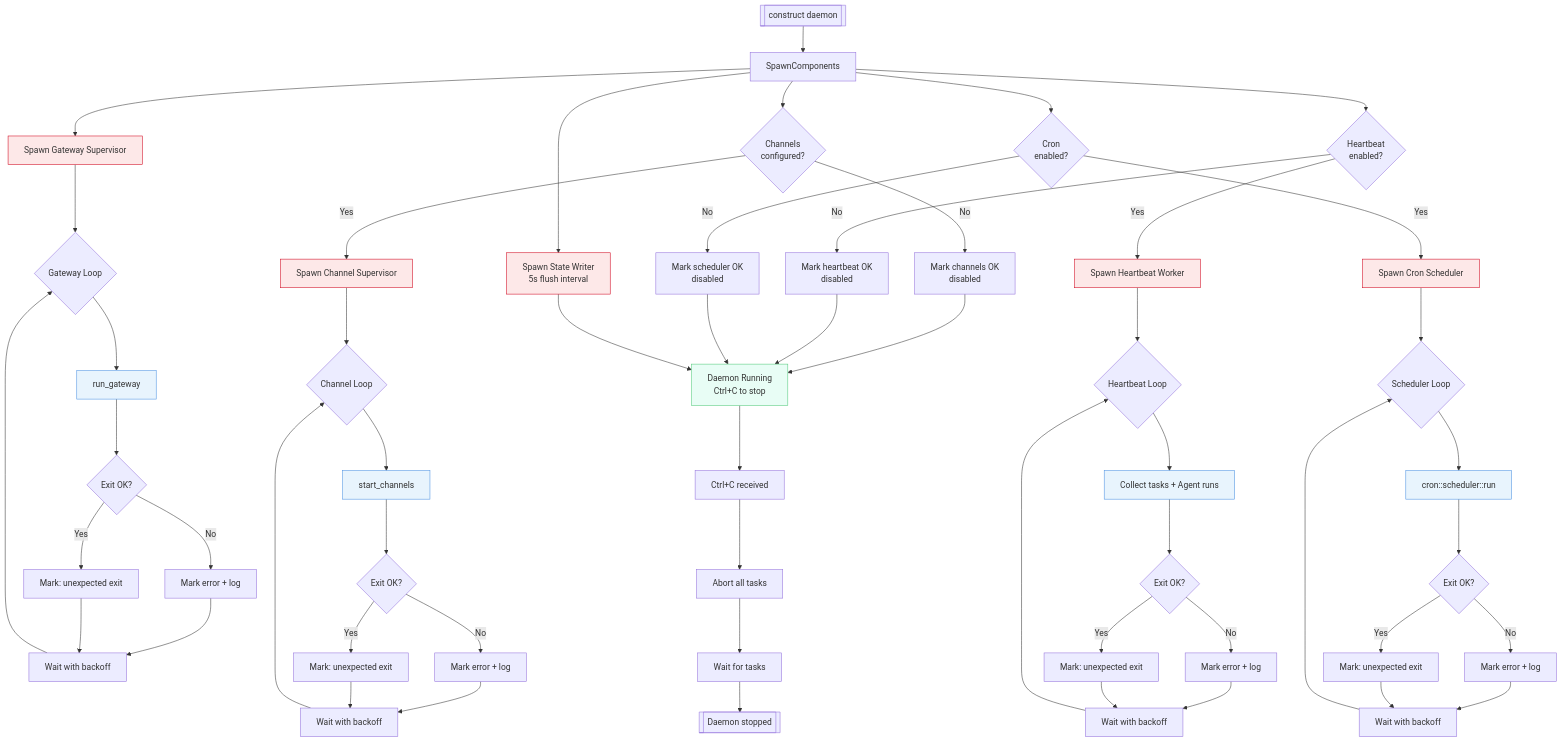
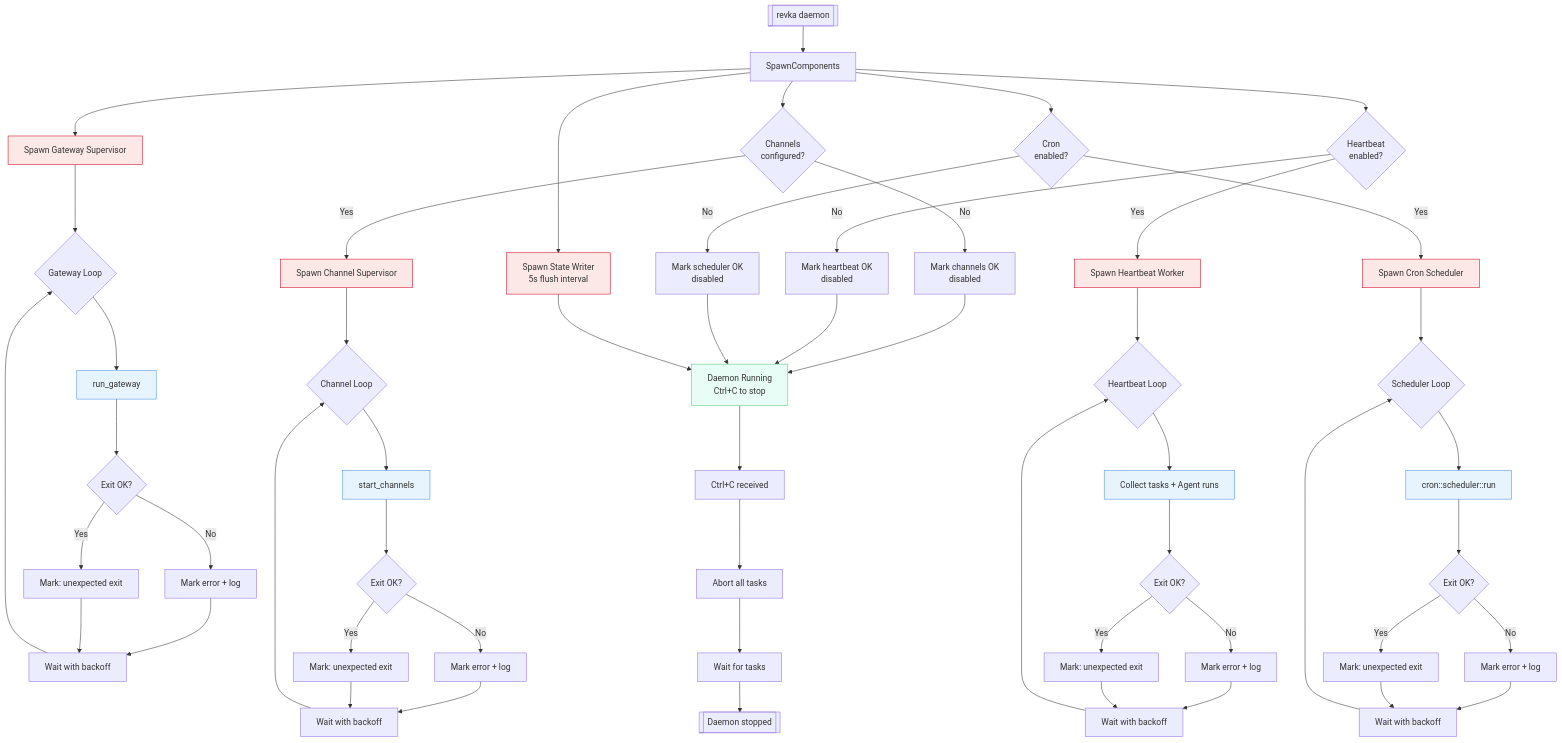
The fifth of 14 diagrams in docs/assets/architecture-diagrams.md (KumihoIO/Revka), drawn with Mermaid before and after one commit. The commit also changed other lines of this file and 954 other files, not shown here.

````diff
--- a/docs/assets/architecture-diagrams.md
+++ b/docs/assets/architecture-diagrams.md
@@ -212,74 +212,74 @@
 ```mermaid
 flowchart TB
-    Start[[construct daemon]] --> SpawnComponents
+    Start[[revka daemon]] --> SpawnComponents
 
     SpawnComponents --> SpawnState[Spawn State Writer<br/>5s flush interval]
     SpawnComponents --> SpawnGateway[Spawn Gateway Supervisor]
     SpawnComponents --> SpawnChannels{Channels<br/>configured?}
     SpawnComponents --> SpawnHeartbeat{Heartbeat<br/>enabled?}
     SpawnComponents --> SpawnScheduler{Cron<br/>enabled?}
 
     SpawnChannels -->|Yes| SpawnChannelSup[Spawn Channel Supervisor]
     SpawnChannels -->|No| MarkChannelsOK[Mark channels OK<br/>disabled]
 
     SpawnHeartbeat -->|Yes| SpawnHeartbeatWorker[Spawn Heartbeat Worker]
     SpawnHeartbeat -->|No| MarkHeartbeatOK[Mark heartbeat OK<br/>disabled]
 
     SpawnScheduler -->|Yes| SpawnSchedulerWorker[Spawn Cron Scheduler]
     SpawnScheduler -->|No| MarkSchedulerOK[Mark scheduler OK<br/>disabled]
 
     SpawnGateway --> GatewayLoop{Gateway Loop}
     SpawnChannelSup --> ChannelLoop{Channel Loop}
     SpawnHeartbeatWorker --> HeartbeatLoop{Heartbeat Loop}
     SpawnSchedulerWorker --> SchedulerLoop{Scheduler Loop}
 
     GatewayLoop --> GatewayRun[run_gateway]
     GatewayRun --> GatewayExit{Exit OK?}
     GatewayExit -->|No| GatewayError[Mark error + log]
     GatewayExit -->|Yes| GatewayUnexpected[Mark: unexpected exit]
     GatewayError --> GatewayBackoff[Wait with backoff]
     GatewayUnexpected --> GatewayBackoff
     GatewayBackoff --> GatewayLoop
 
     ChannelLoop --> ChannelRun[start_channels]
     ChannelRun --> ChannelExit{Exit OK?}
     ChannelExit -->|No| ChannelError[Mark error + log]
     ChannelExit -->|Yes| ChannelUnexpected[Mark: unexpected exit]
     ChannelError --> ChannelBackoff[Wait with backoff]
     ChannelUnexpected --> ChannelBackoff
     ChannelBackoff --> ChannelLoop
 
     HeartbeatLoop --> HeartbeatRun[Collect tasks + Agent runs]
     HeartbeatRun --> HeartbeatExit{Exit OK?}
     HeartbeatExit -->|No| HeartbeatError[Mark error + log]
     HeartbeatExit -->|Yes| HeartbeatUnexpected[Mark: unexpected exit]
     HeartbeatError --> HeartbeatBackoff[Wait with backoff]
     HeartbeatUnexpected --> HeartbeatBackoff
     HeartbeatBackoff --> HeartbeatLoop
 
     SchedulerLoop --> SchedulerRun[cron::scheduler::run]
     SchedulerRun --> SchedulerExit{Exit OK?}
     SchedulerExit -->|No| SchedulerError[Mark error + log]
     SchedulerExit -->|Yes| SchedulerUnexpected[Mark: unexpected exit]
     SchedulerError --> SchedulerBackoff[Wait with backoff]
     SchedulerUnexpected --> SchedulerBackoff
     SchedulerBackoff --> SchedulerLoop
 
     MarkChannelsOK --> Running[Daemon Running<br/>Ctrl+C to stop]
     MarkHeartbeatOK --> Running
     MarkSchedulerOK --> Running
     SpawnState --> Running
 
     Running --> StopRequest[Ctrl+C received]
     StopRequest --> AbortAll[Abort all tasks]
     AbortAll --> JoinAll[Wait for tasks]
     JoinAll --> Done[[Daemon stopped]]
 
     classDef supervisor fill:#FDE8E8,stroke:#D0021B
     classDef running fill:#E8FDF5,stroke:#50C878
     classDef component fill:#E8F4FD,stroke:#4A90E2
 
     class SpawnGateway,SpawnChannelSup,SpawnHeartbeatWorker,SpawnSchedulerWorker,SpawnState supervisor
     class Running running
     class GatewayRun,ChannelRun,HeartbeatRun,SchedulerRun component
 ```
````
